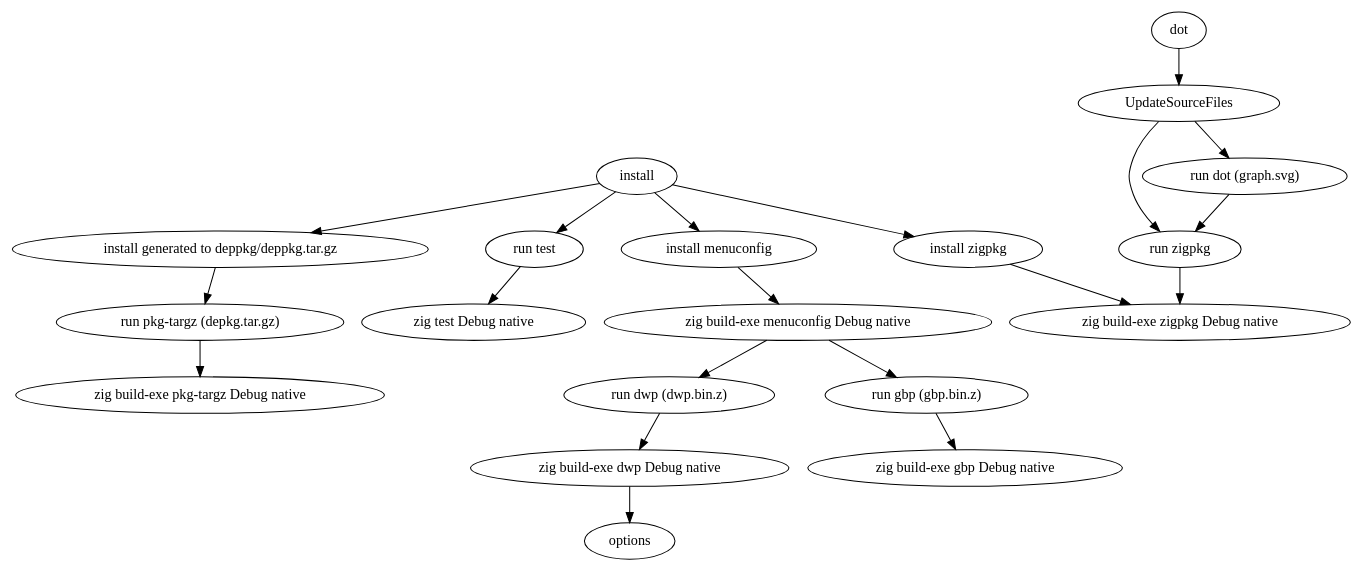
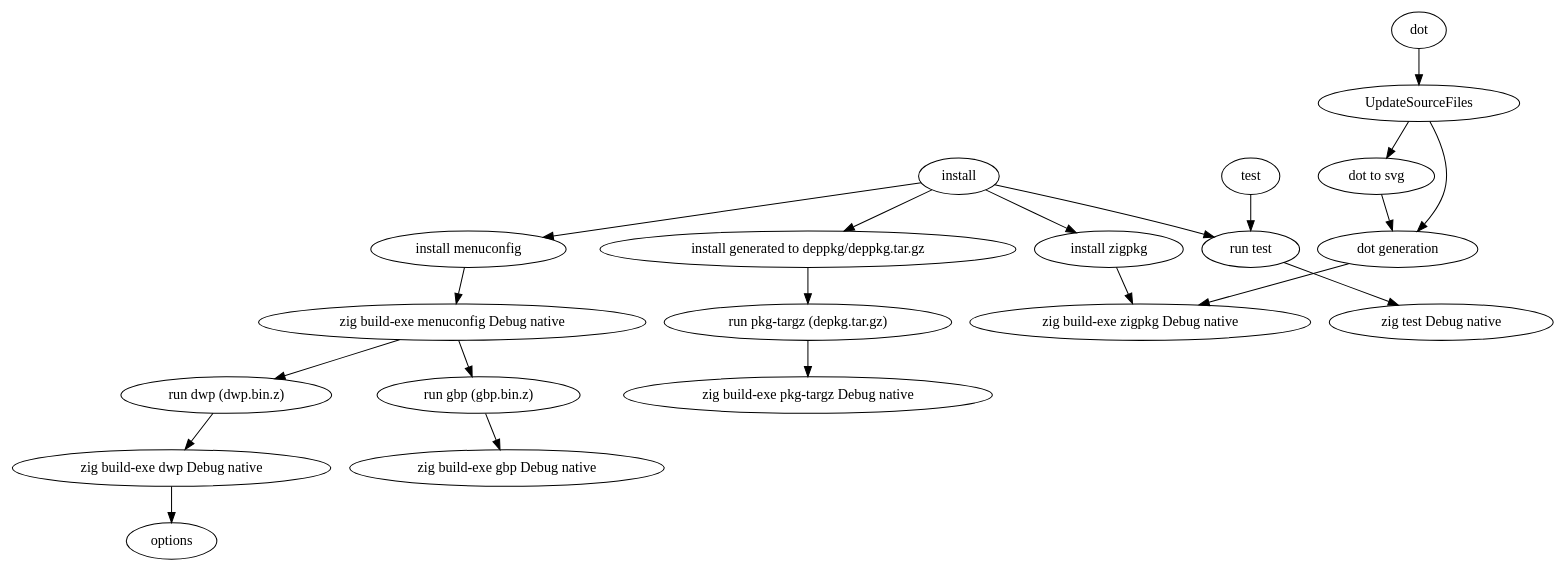
The diagram in graph.dot (dasimmet/zig_pkg_tool), drawn with Graphviz before and after one commit. The commit also changed 2 other files, not shown here.

```diff
--- a/graph.dot
+++ b/graph.dot
@@ -1,40 +1,42 @@
 digraph {
 "N0" [label="install"]
 "N0" -> "N1"
 "N0" -> "N2"
 "N0" -> "N3"
 "N0" -> "N4"
 "N1" [label="install menuconfig"]
 "N1" -> "N5"
 "N5" [label="zig build-exe menuconfig Debug native"]
 "N5" -> "N6"
 "N5" -> "N7"
 "N6" [label="run gbp (gbp.bin.z)"]
 "N6" -> "N8"
 "N8" [label="zig build-exe gbp Debug native"]
 "N7" [label="run dwp (dwp.bin.z)"]
 "N7" -> "N9"
 "N9" [label="zig build-exe dwp Debug native"]
 "N9" -> "N10"
 "N10" [label="options"]
 "N2" [label="install generated to deppkg/deppkg.tar.gz"]
 "N2" -> "N11"
 "N11" [label="run pkg-targz (depkg.tar.gz)"]
 "N11" -> "N12"
 "N12" [label="zig build-exe pkg-targz Debug native"]
 "N3" [label="install zigpkg"]
 "N3" -> "N13"
 "N13" [label="zig build-exe zigpkg Debug native"]
 "N4" [label="run test"]
 "N4" -> "N14"
 "N14" [label="zig test Debug native"]
 "N15" [label="dot"]
 "N15" -> "N16"
 "N16" [label="UpdateSourceFiles"]
 "N16" -> "N17"
 "N16" -> "N18"
-"N17" [label="run zigpkg"]
+"N17" [label="dot generation"]
 "N17" -> "N13"
-"N18" [label="run dot (graph.svg)"]
+"N18" [label="dot to svg"]
 "N18" -> "N17"
+"N19" [label="test"]
+"N19" -> "N4"
 }
```
